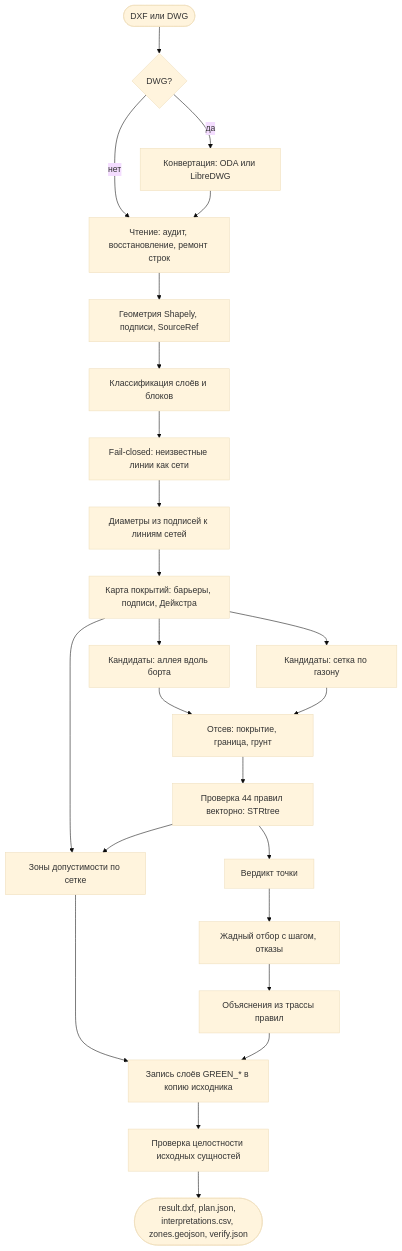
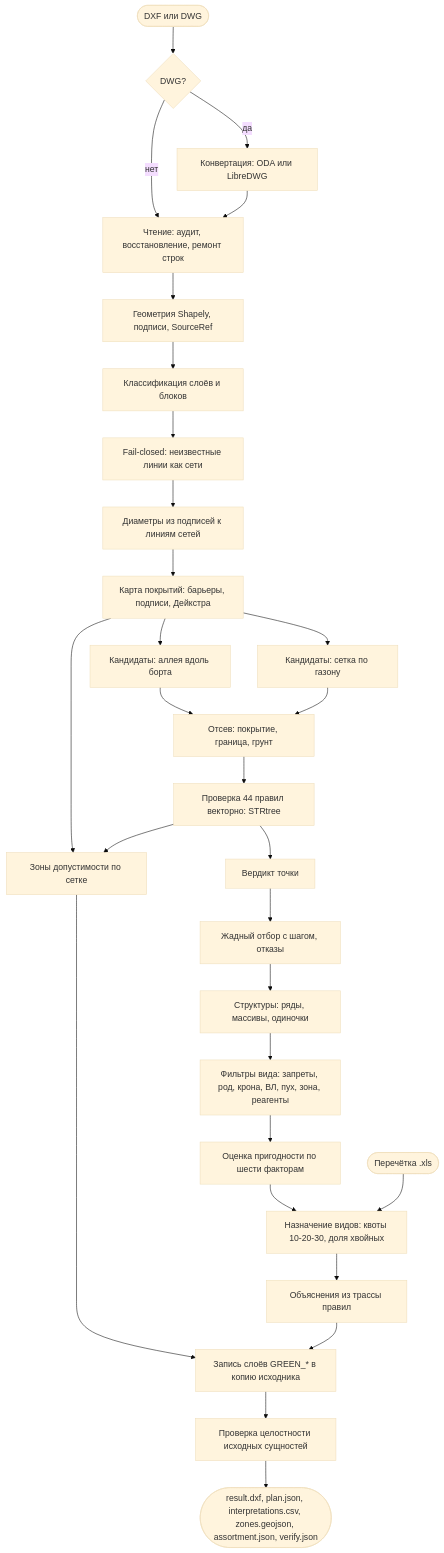
One commit to Mojarung/LCT_2026 changed the diagram in docs/algorithm.md. Above: the diagram before and after it, drawn with Mermaid (base theme). The commit also changed other lines of this file and 4 other files, not shown here.

````diff
--- a/docs/algorithm.md
+++ b/docs/algorithm.md
@@ -113,26 +161,31 @@
 ```mermaid
 flowchart TD
     A([DXF или DWG]) --> B{DWG?}
     B -->|да| C[Конвертация: ODA или LibreDWG]
     B -->|нет| D
     C --> D[Чтение: аудит, восстановление, ремонт строк]
     D --> E[Геометрия Shapely, подписи, SourceRef]
     E --> F[Классификация слоёв и блоков]
     F --> G[Fail-closed: неизвестные линии как сети]
     G --> H[Диаметры из подписей к линиям сетей]
     H --> I[Карта покрытий: барьеры, подписи, Дейкстра]
     I --> J[Кандидаты: аллея вдоль борта]
     I --> K[Кандидаты: сетка по газону]
     J --> L[Отсев: покрытие, граница, грунт]
     K --> L
     L --> M[Проверка 44 правил векторно: STRtree]
     M --> N[Вердикт точки]
     N --> O[Жадный отбор с шагом, отказы]
+    O --> O1[Структуры: ряды, массивы, одиночки]
+    O1 --> O2[Фильтры вида: запреты, род, крона, ВЛ, пух, зона, реагенты]
+    O2 --> O3[Оценка пригодности по шести факторам]
+    O3 --> O4[Назначение видов: квоты 10-20-30, доля хвойных]
+    U([Перечётка .xls]) --> O4
     I --> P[Зоны допустимости по сетке]
     M --> P
-    O --> Q[Объяснения из трассы правил]
+    O4 --> Q[Объяснения из трассы правил]
     P --> R
     Q --> R[Запись слоёв GREEN_* в копию исходника]
     R --> S[Проверка целостности исходных сущностей]
-    S --> T([result.dxf, plan.json, interpretations.csv, zones.geojson, verify.json])
+    S --> T([result.dxf, plan.json, interpretations.csv, zones.geojson, assortment.json, verify.json])
 ```
````
